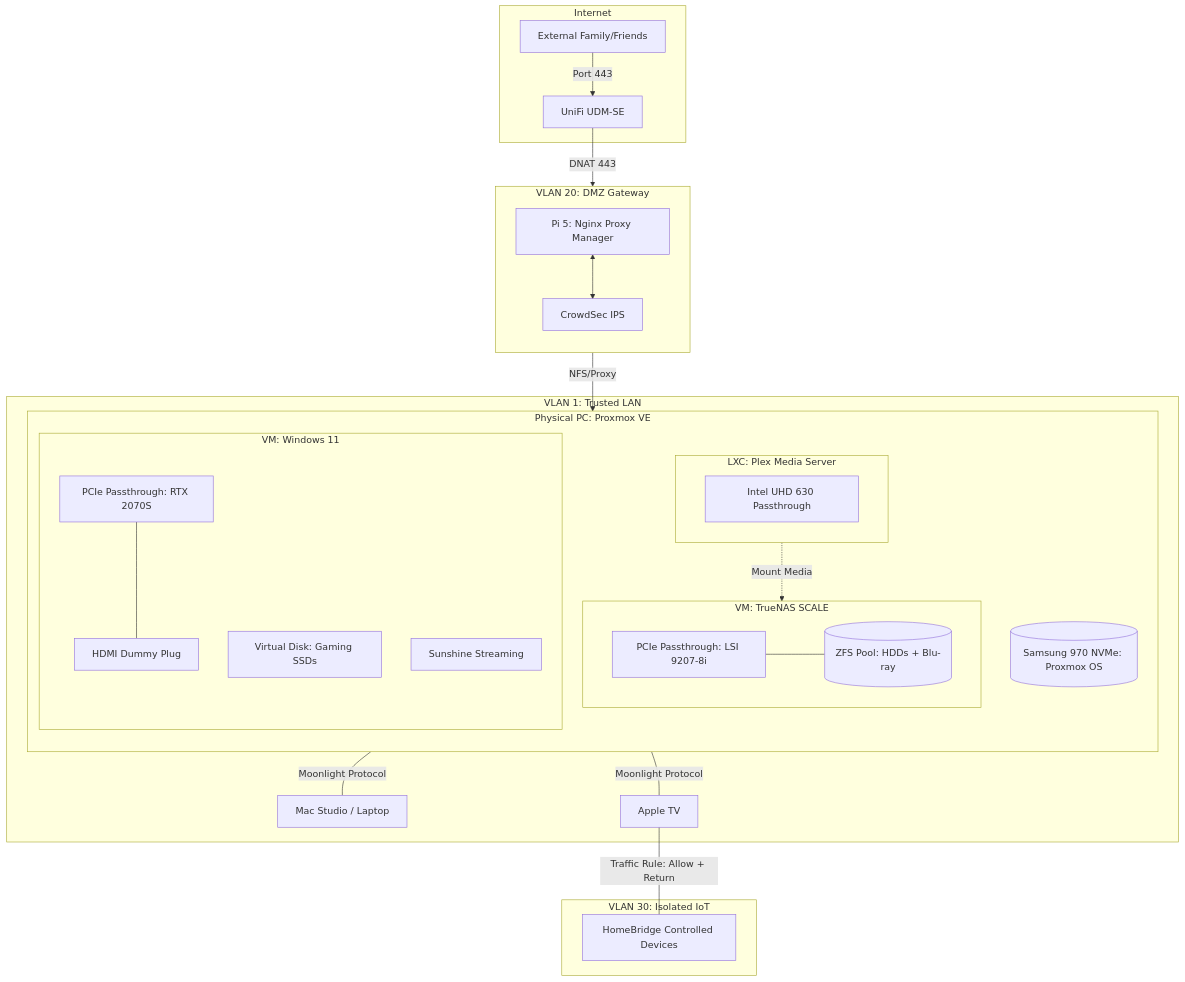
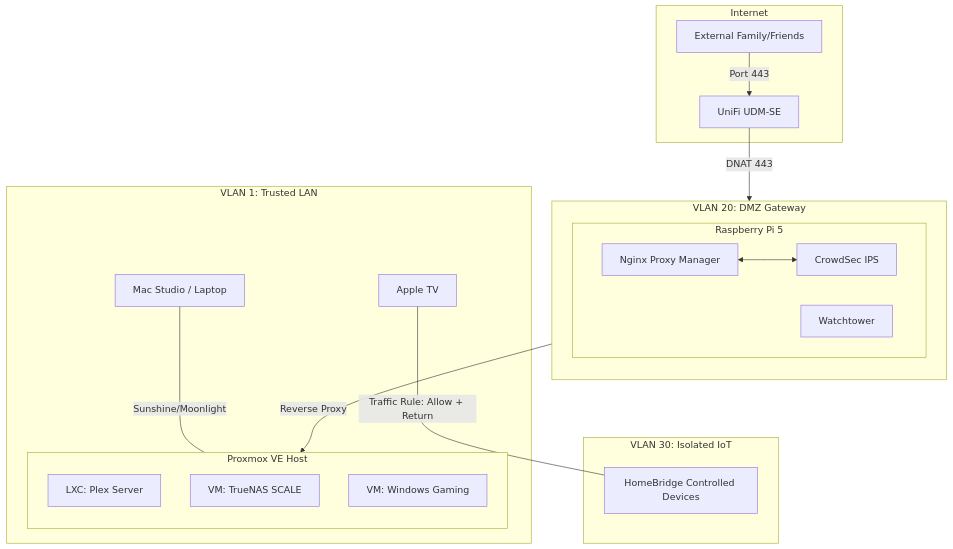
Before and after one commit to barronfuentes/homelab: the first of 3 diagrams in README.md, drawn with Mermaid. The commit also changed other lines of this file and 1 other file, not shown here.

Commit message:
updates from coauthoring and diagram agents

````diff
--- a/README.md
+++ b/README.md
@@ -7,56 +10,39 @@
 ```mermaid
 graph TD
     subgraph Internet
         User[External Family/Friends]
         User -->|Port 443| WAN[UniFi UDM-SE]
     end
 
     subgraph VLAN20_DMZ [VLAN 20: DMZ Gateway]
         direction TB
-        NPM[Pi 5: Nginx Proxy Manager]
-        CS[CrowdSec IPS]
-        NPM <--> CS
+        subgraph Pi5 [Raspberry Pi 5]
+            direction LR
+            NPM[Nginx Proxy Manager]
+            CS[CrowdSec IPS]
+            WT[Watchtower]
+            NPM <--> CS
+        end
     end
 
     subgraph VLAN1_LAN [VLAN 1: Trusted LAN]
-        subgraph Proxmox_Host [Physical PC: Proxmox VE]
+        subgraph Proxmox [Proxmox VE Host]
             direction TB
-            NVMe[(Samsung 970 NVMe: Proxmox OS)]
-            
-            subgraph TrueNAS_VM [VM: TrueNAS SCALE]
-                HBA[PCIe Passthrough: LSI 9207-8i]
-                Pool[(ZFS Pool: HDDs + Blu-ray)]
-                HBA --- Pool
-            end
-            
-            subgraph Gaming_VM [VM: Windows 11]
-                GPU[PCIe Passthrough: RTX 2070S]
-                SSD[Virtual Disk: Gaming SSDs]
-                HDMI[HDMI Dummy Plug]
-                SUN[Sunshine Streaming]
-                GPU --- HDMI
-            end
-            
-            subgraph Plex_LXC [LXC: Plex Media Server]
-                iGPU[Intel UHD 630 Passthrough]
-            end
+            Plex[LXC: Plex Server]
+            TrueNAS[VM: TrueNAS SCALE]
+            Gaming[VM: Windows Gaming]
         end
-
         Mac[Mac Studio / Laptop]
         ATV[Apple TV]
     end
 
     subgraph VLAN30_IoT [VLAN 30: Isolated IoT]
         SmartHome[HomeBridge Controlled Devices]
     end
 
     %% Routing
     WAN -->|DNAT 443| NPM
-    NPM -->|NFS/Proxy| Plex_LXC
-    Plex_LXC -.->|Mount Media| TrueNAS_VM
-    SUN ---|Moonlight Protocol| Mac
-    SUN ---|Moonlight Protocol| ATV
-    
-    %% Apple TV to IoT Rule
+    NPM -->|Reverse Proxy| Plex
+    Mac ---|Sunshine/Moonlight| Gaming
     ATV ---|Traffic Rule: Allow + Return| SmartHome
 ```
````
